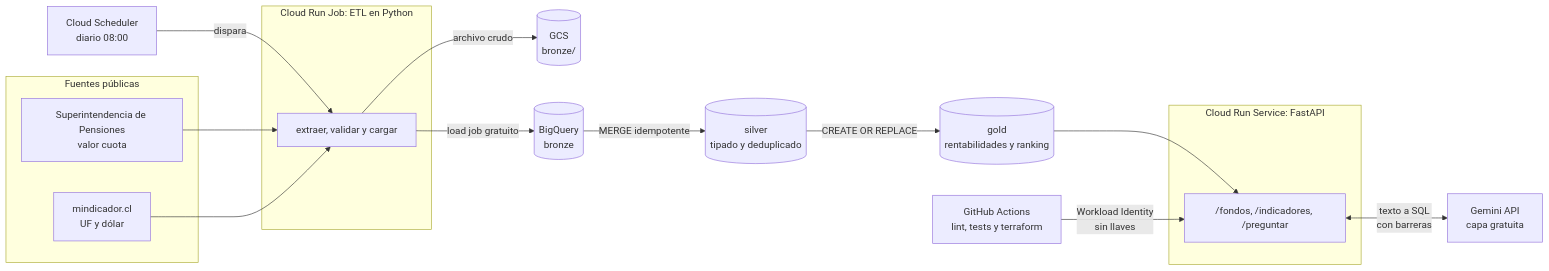
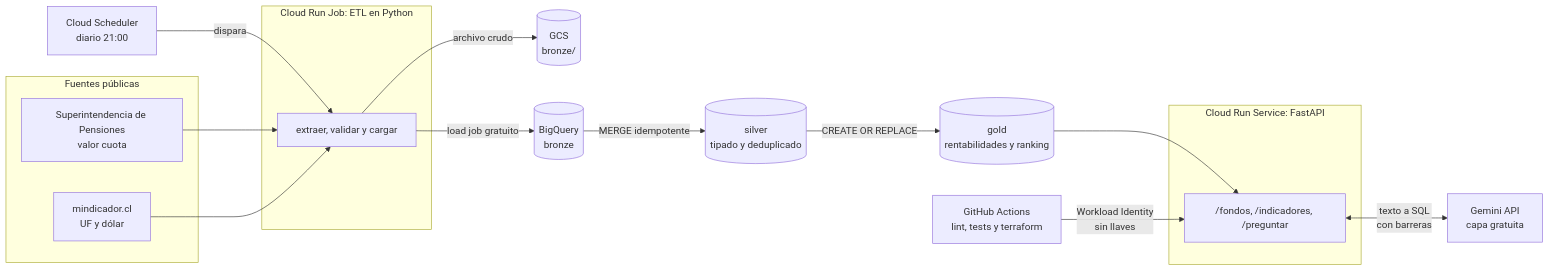
The diagram in README.md (BladeofK/observatorio-afp), drawn with Mermaid before and after one commit. The commit also changed other lines of this file and 2 other files, not shown here.

Commit message:
Mueve el ETL diario a las 21:00 para cargar los datos del mismo día

````diff
--- a/README.md
+++ b/README.md
@@ -37,29 +37,29 @@
 ```mermaid
 flowchart LR
     subgraph fuentes["Fuentes públicas"]
         SP["Superintendencia de Pensiones<br/>valor cuota"]
         MI["mindicador.cl<br/>UF y dólar"]
     end
 
-    SCH["Cloud Scheduler<br/>diario 08:00"] -->|"dispara"| JOB
+    SCH["Cloud Scheduler<br/>diario 21:00"] -->|"dispara"| JOB
 
     subgraph etl["Cloud Run Job: ETL en Python"]
         JOB["extraer, validar y cargar"]
     end
 
     SP --> JOB
     MI --> JOB
     JOB -->|"archivo crudo"| GCS[("GCS<br/>bronze/")]
     JOB -->|"load job gratuito"| B[("BigQuery<br/>bronze")]
     B -->|"MERGE idempotente"| S[("silver<br/>tipado y deduplicado")]
     S -->|"CREATE OR REPLACE"| G[("gold<br/>rentabilidades y ranking")]
 
     subgraph api["Cloud Run Service: FastAPI"]
         API["/fondos, /indicadores, /preguntar"]
     end
 
     G --> API
     API <-->|"texto a SQL<br/>con barreras"| LLM["Gemini API<br/>capa gratuita"]
 
     GH["GitHub Actions<br/>lint, tests y terraform"] -->|"Workload Identity<br/>sin llaves"| API
 ```
````
